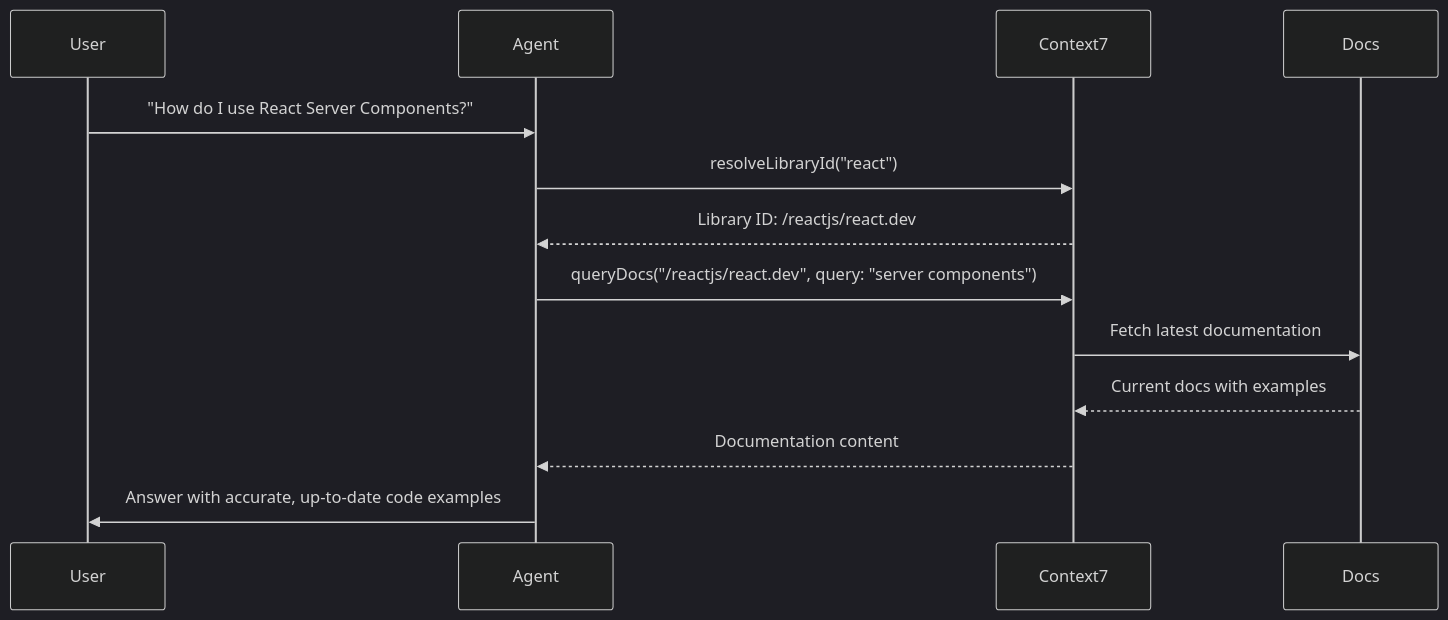
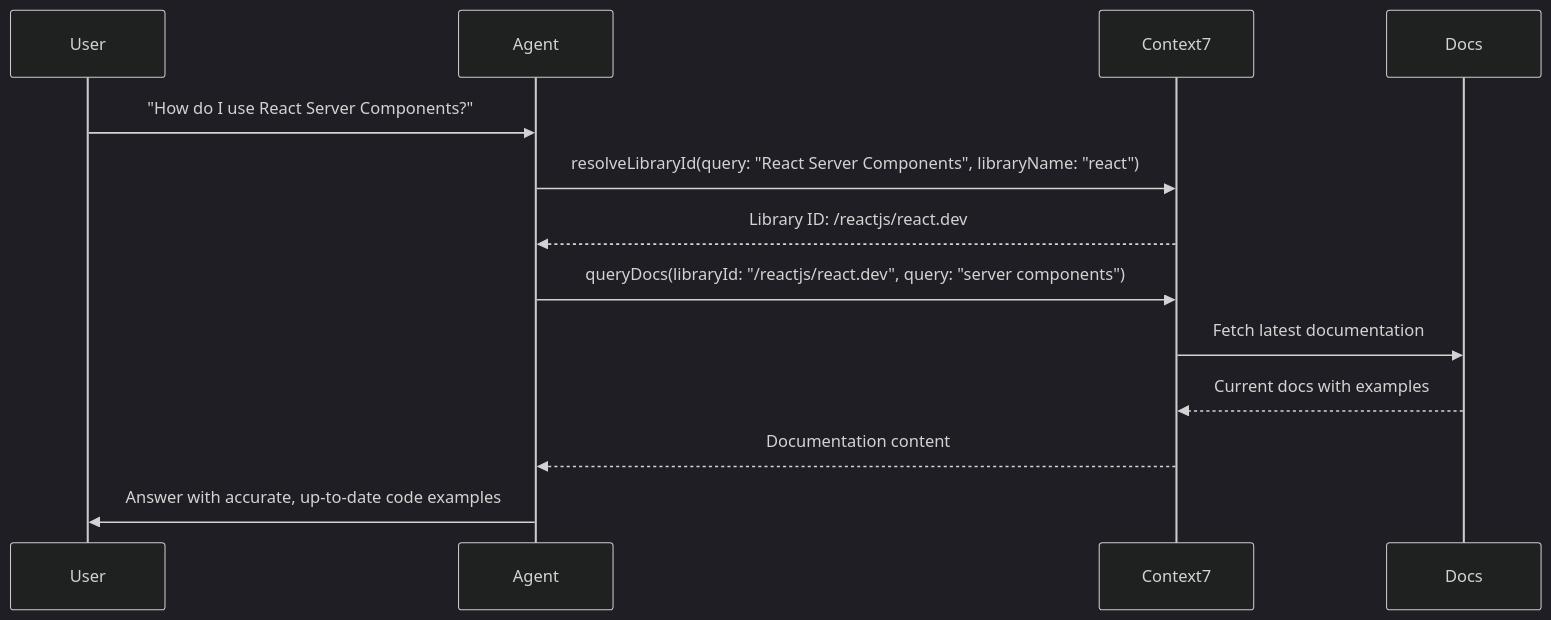
One commit to upstash/context7 changed the diagram in docs/agentic-tools/overview.mdx. Above: the diagram before and after it, drawn with Mermaid (dark theme).

Commit message:
feat: update diagram with query param

````diff
--- a/docs/agentic-tools/overview.mdx
+++ b/docs/agentic-tools/overview.mdx
@@ -36,16 +36,16 @@
 ```mermaid
 sequenceDiagram
     participant User
     participant Agent
     participant Context7
     participant Docs
 
     User->>Agent: "How do I use React Server Components?"
-    Agent->>Context7: resolveLibraryId("react")
+    Agent->>Context7: resolveLibraryId(query: "React Server Components", libraryName: "react")
     Context7-->>Agent: Library ID: /reactjs/react.dev
-    Agent->>Context7: queryDocs("/reactjs/react.dev", query: "server components")
+    Agent->>Context7: queryDocs(libraryId: "/reactjs/react.dev", query: "server components")
     Context7->>Docs: Fetch latest documentation
     Docs-->>Context7: Current docs with examples
     Context7-->>Agent: Documentation content
     Agent->>User: Answer with accurate, up-to-date code examples
 ```
````
